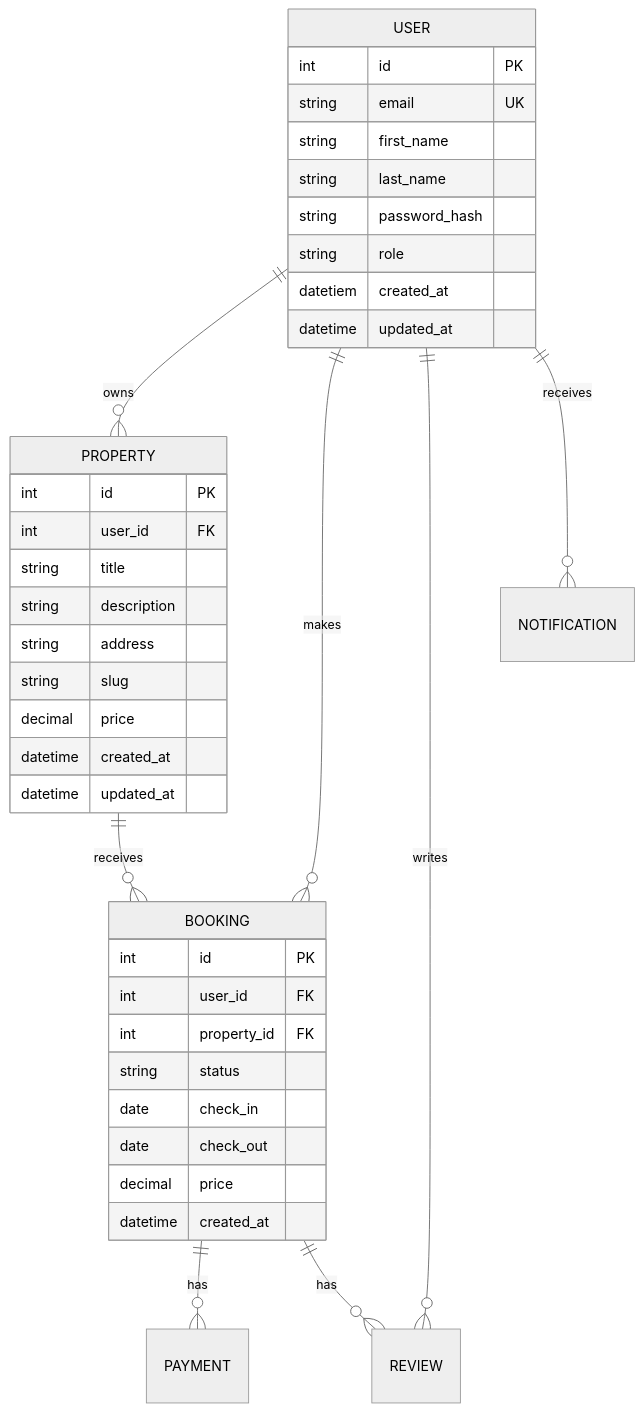
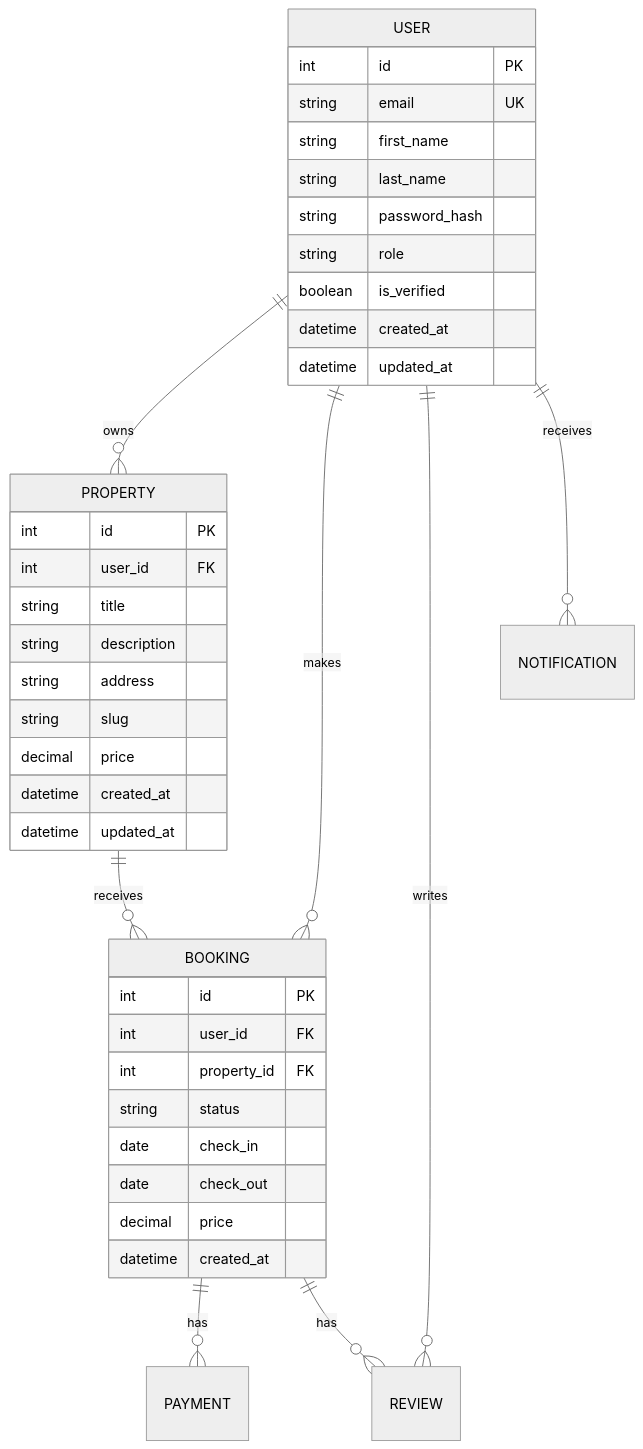
Before and after one commit to EmmaAtom00/homebase: the first of 2 diagrams in docs/DATA.md, drawn with Mermaid (neutral theme). The commit also changed 18 other files, not shown here.

````diff
--- a/docs/DATA.md
+++ b/docs/DATA.md
@@ -3,56 +3,57 @@
 ```mermaid
 erDiagram
     USER {
         int id  PK
         string  email   UK
         string  first_name
         string  last_name
         string  password_hash
         string  role
-        datetiem    created_at
+        boolean is_verified
+        datetime    created_at
         datetime    updated_at
     }
 
     PROPERTY {
         int id  PK
         int user_id FK
         string  title
         string  description
         string  address
         string  slug
         decimal price
         datetime    created_at
         datetime    updated_at
     }
 
     BOOKING {
         int id  PK
         int user_id FK
         int property_id FK
         string  status
         date    check_in
         date    check_out
         decimal price
         datetime    created_at
     }
 
     REVIEW {
 
     }
 
     PAYMENT {
 
     }
 
     NOTIFICATION {
 
     }
 
     USER || --o{ PROPERTY : owns
     USER || --o{ BOOKING: makes
     PROPERTY || --o{ BOOKING: receives
     USER || --o{ REVIEW: writes
     BOOKING || --o{ PAYMENT: has
     USER || --o{ NOTIFICATION: receives
     BOOKING || --o{ REVIEW: has
 ```
````
